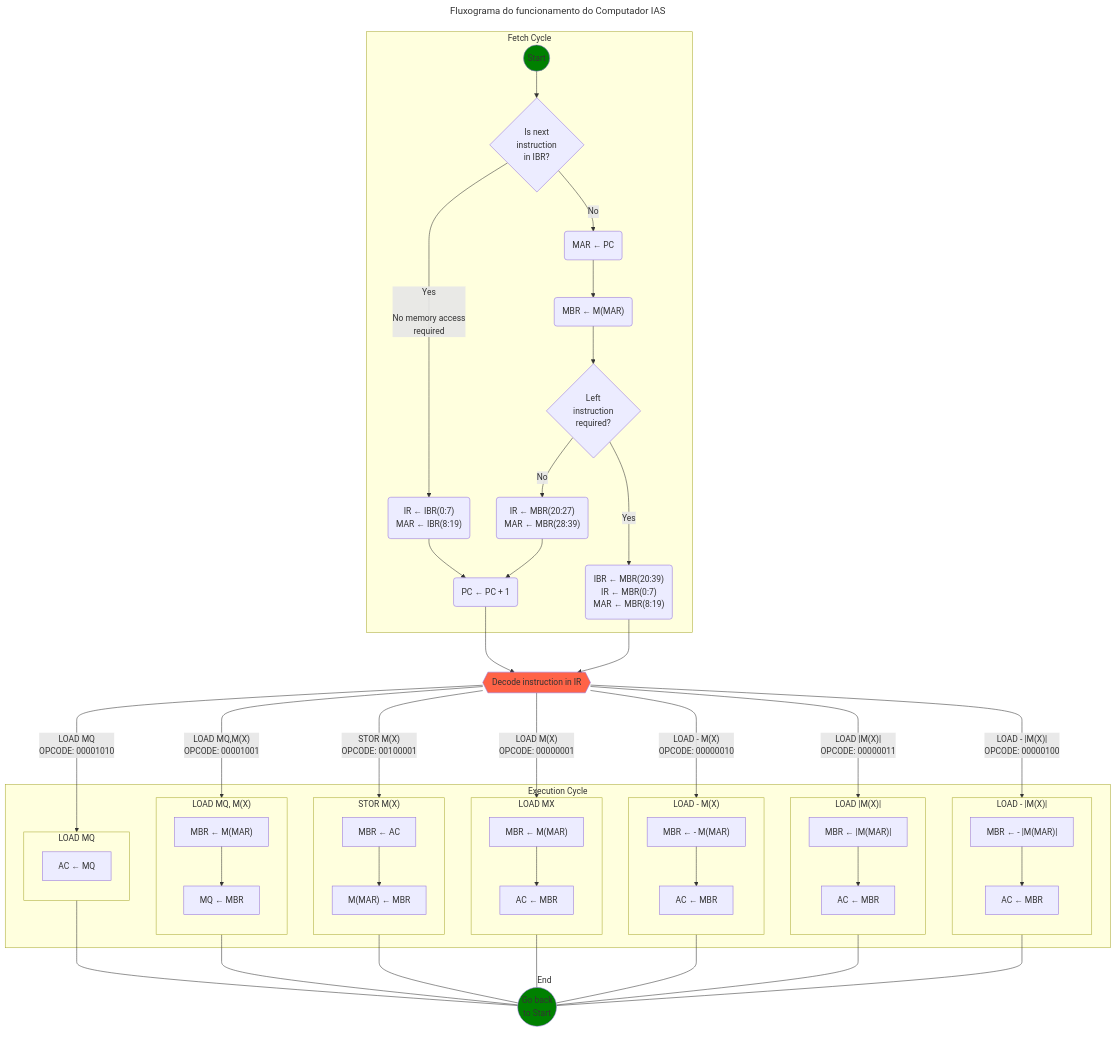
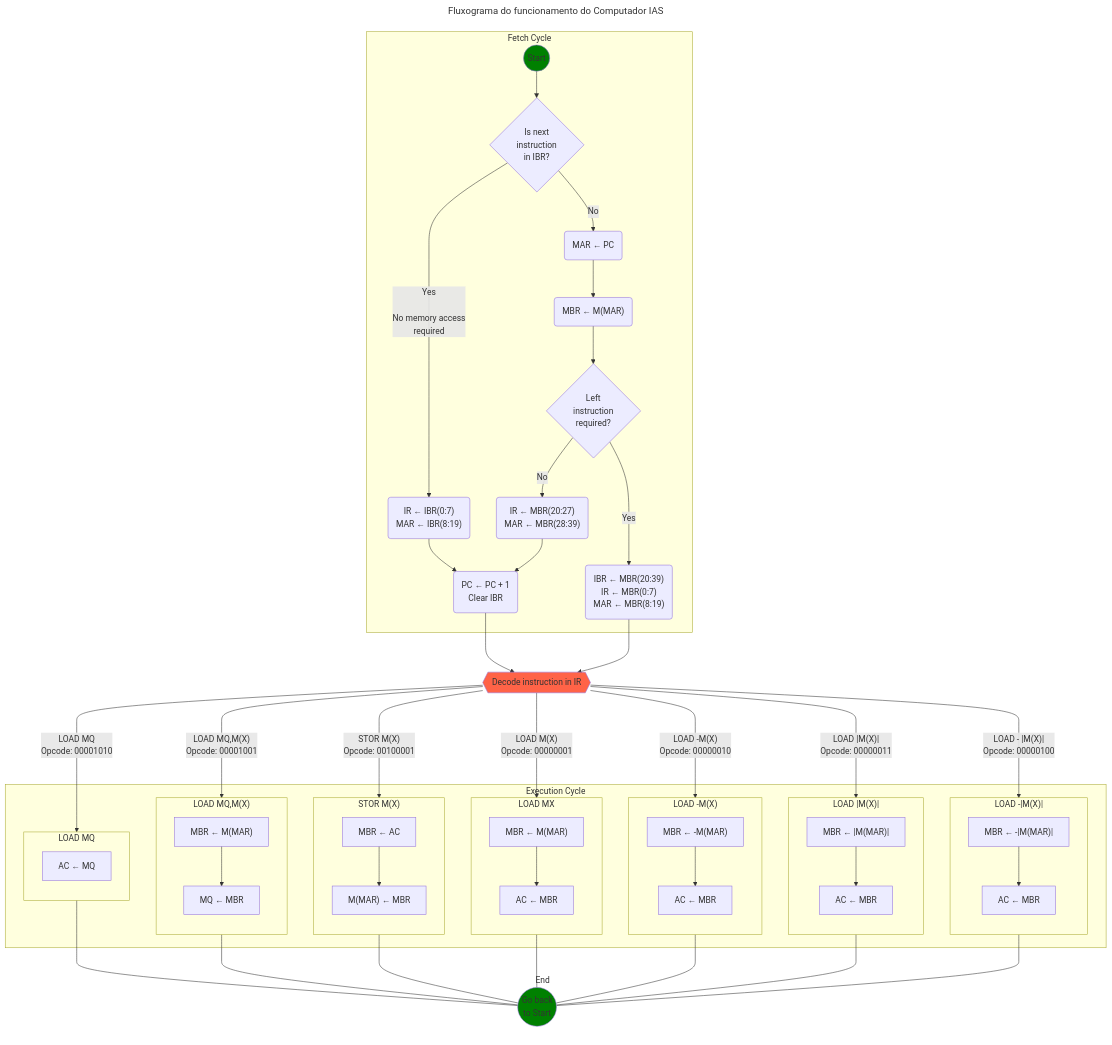
The diagram in README.md (davidalain/ias_computer), drawn with Mermaid before and after one commit.

Commit message:
Adicionada etapa de "Limpar IBR" Usando "Opcode" ao invés de "OPCODE". Removidos espaços que poderiam confundir o entendimento.

```diff
--- a/README.md
+++ b/README.md
@@ -23,7 +23,7 @@
 %% João Pedro Bezerra Oliveira
 
 subgraph "Fetch Cycle"
-    START((Start)):::greenClass --> B{"Is next 
+    START((Start)):::greenClass --> B{"Is next
     instruction 
     in IBR?"}
     B --> |"Yes
@@ -42,7 +42,8 @@
     E --> |Yes| G("IBR ← MBR(20:39)
     IR ← MBR(0:7)
     MAR ← MBR(8:19)")
-    H --> I("PC ← PC + 1")
+    H --> I("PC ← PC + 1
+    Clear IBR")
 end
 
 subgraph FC[ ]
@@ -57,7 +58,7 @@
     subgraph execution_cycle [Execution Cycle]
 
         DECODE --->|"LOAD MQ
-        OPCODE: 00001010"| loadmq_sp
+        Opcode: 00001010"| loadmq_sp
 
         subgraph loadmq_sp ["LOAD MQ"];
         %%Transfere o valor de MQ para AC
@@ -66,9 +67,9 @@
         end
 
         DECODE --->|"LOAD MQ,M(X)
-        OPCODE: 00001001"| loadmqmx_sp
+        Opcode: 00001001"| loadmqmx_sp
 
-        subgraph loadmqmx_sp ["LOAD MQ, M(X)"];
+        subgraph loadmqmx_sp ["LOAD MQ,M(X)"];
         %%Transfere o valor de M(X) para MQ
              loadmqmx01["MBR ← M(MAR)"]
              loadmqmx02["MQ ← MBR"]
@@ -78,7 +79,7 @@
         end
 
         DECODE --->|"STOR M(X)
-        OPCODE: 00100001"| stormx_sp
+        Opcode: 00100001"| stormx_sp
 
         subgraph stormx_sp ["STOR M(X)"];
         %%Transfere o valor de AC para para M(X)
@@ -90,7 +91,7 @@
         end
 
         DECODE --->|"LOAD M(X)
-        OPCODE: 00000001"| loadmx_sp
+        Opcode: 00000001"| loadmx_sp
 
         subgraph loadmx_sp["LOAD MX"];
         %%Transfere o valor de M(X) para AC
@@ -101,12 +102,12 @@
              direction TB
         end
 
-        DECODE --->|"LOAD - M(X)
-        OPCODE: 00000010"| loadminusmx_sp
+        DECODE --->|"LOAD -M(X)
+        Opcode: 00000010"| loadminusmx_sp
 
-        subgraph loadminusmx_sp ["LOAD - M(X)"];
+        subgraph loadminusmx_sp ["LOAD -M(X)"];
         %%Transfere o valor negativo de M(X) para AC 
-             loadminusmx01["MBR ← - M(MAR)"]
+             loadminusmx01["MBR ← -M(MAR)"]
              loadminusmx02["AC ← MBR"]
 
              loadminusmx01 --> loadminusmx02
@@ -114,7 +115,7 @@
         end
 
         DECODE --->|"LOAD |M(X)|
-        OPCODE: 00000011"| loadabsolutemx_sp
+        Opcode: 00000011"| loadabsolutemx_sp
 
         subgraph loadabsolutemx_sp["LOAD |M(X)|"];
         %%Transfere o valor absoluto de M(X) para AC
@@ -126,11 +127,11 @@
         end
 
         DECODE --->|"LOAD - |M(X)|
-        OPCODE: 00000100"| loadminusabsolutemx_sp
+        Opcode: 00000100"| loadminusabsolutemx_sp
 
-        subgraph loadminusabsolutemx_sp["LOAD - |M(X)|"];
+        subgraph loadminusabsolutemx_sp["LOAD -|M(X)|"];
         %%Transfere o valor absoluto negativo de M(X) para AC
-             loadminusabsolutemx01["MBR ← - |M(MAR)|"]
+             loadminusabsolutemx01["MBR ← -|M(MAR)|"]
              loadminusabsolutemx02["AC ← MBR"]
 
              loadminusabsolutemx01 --> loadminusabsolutemx02
```
